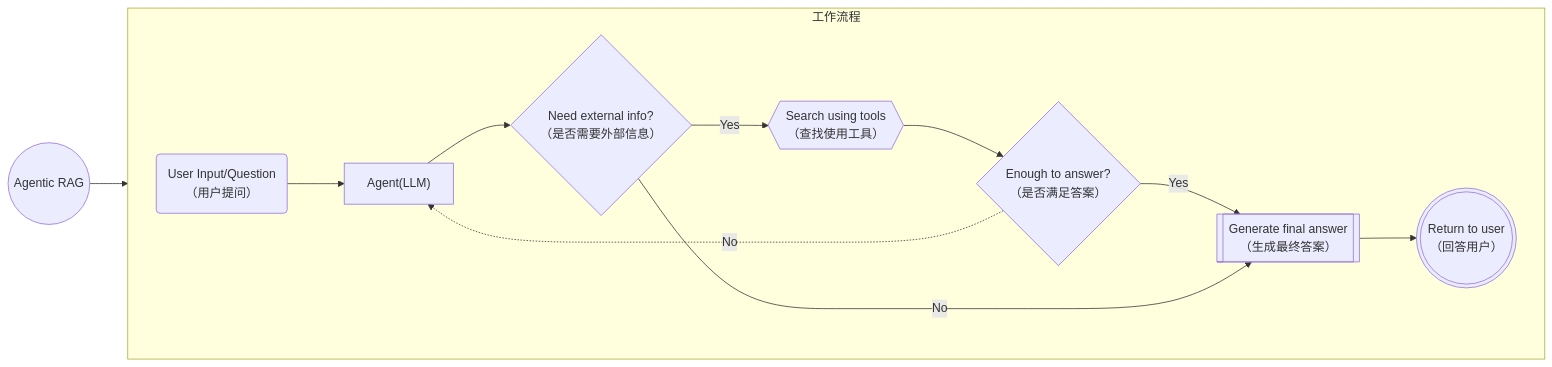
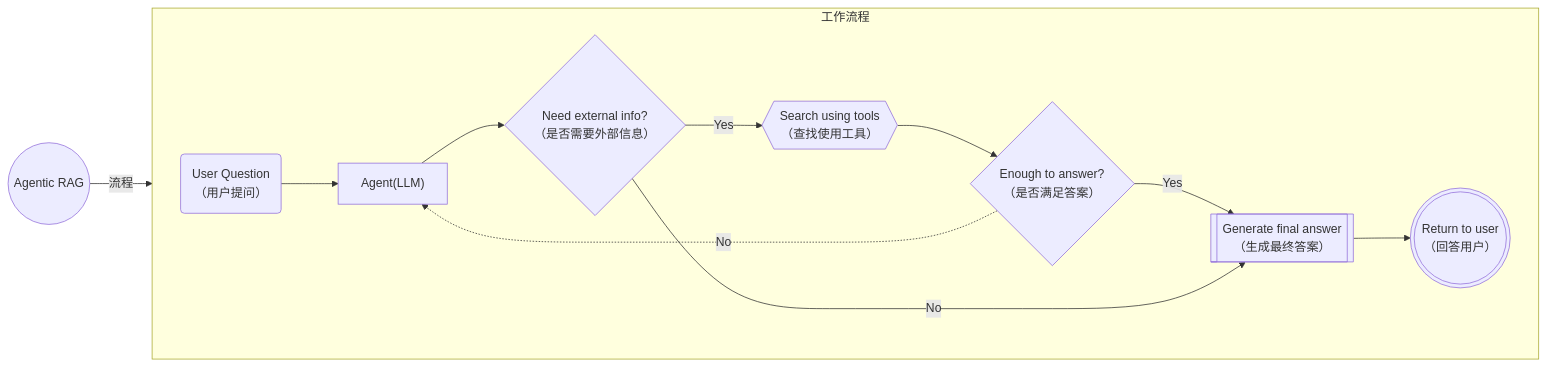
Before and after one commit to 290044632/bookmark: the fifth of 6 diagrams in AI/RAG.md, drawn with Mermaid. The commit also changed other lines of this file, not shown here.

````diff
--- a/AI/RAG.md
+++ b/AI/RAG.md
@@ -111,23 +111,23 @@
 ```mermaid
 flowchart LR
     A(("Agentic RAG"))
     subgraph A1["工作流程"]
         direction LR
-        A11("User Input/Question
+        A11("User Question
                 （用户提问）")
         A11-->A12["Agent(LLM)"]
         A12-->A13{"Need external info?
         （是否需要外部信息）"}
         A13-->|Yes|A14{{"Search using tools
         （查找使用工具）"}}
         A14-->A15{"Enough to answer?
         （是否满足答案）"}
         A15-->|Yes|A16[["Generate final answer
         （生成最终答案）"]]
         A16-->A17((("Return to user
         （回答用户）")))
         A13-->|No|A16
         A15-.->|No|A12
     end
-A-->A1
+A-->|流程|A1
 ```
````
